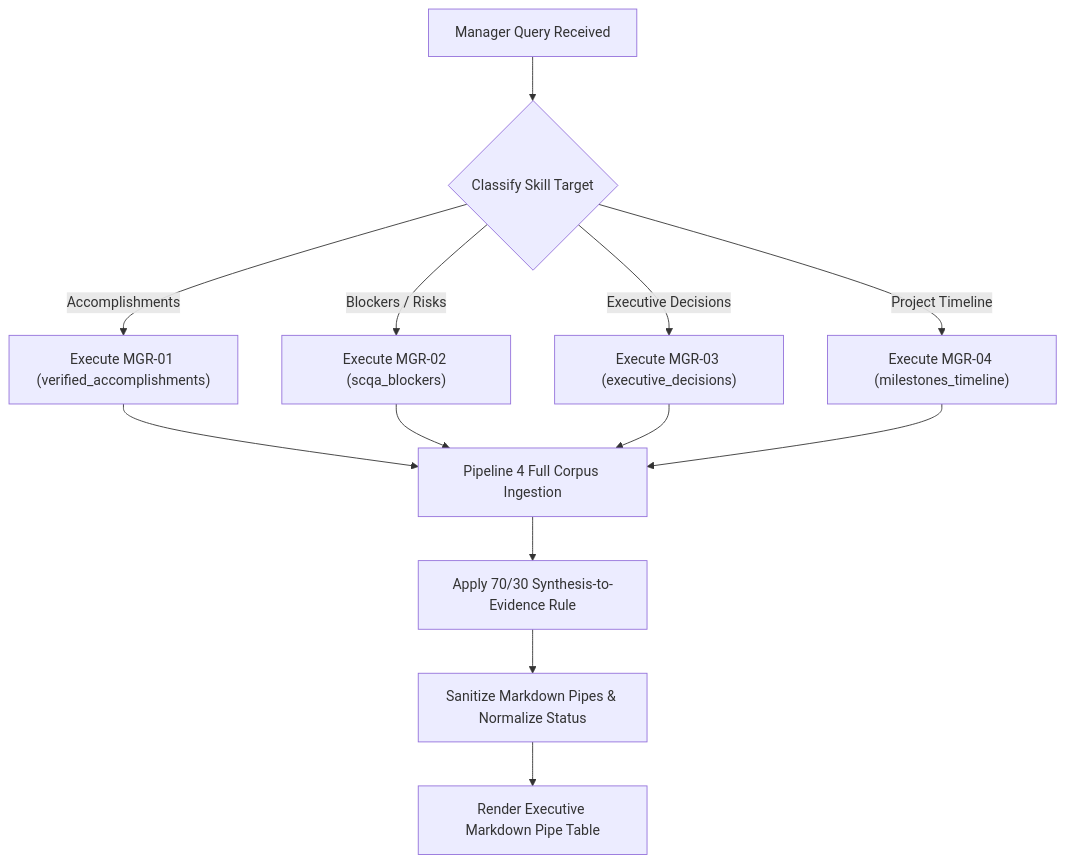
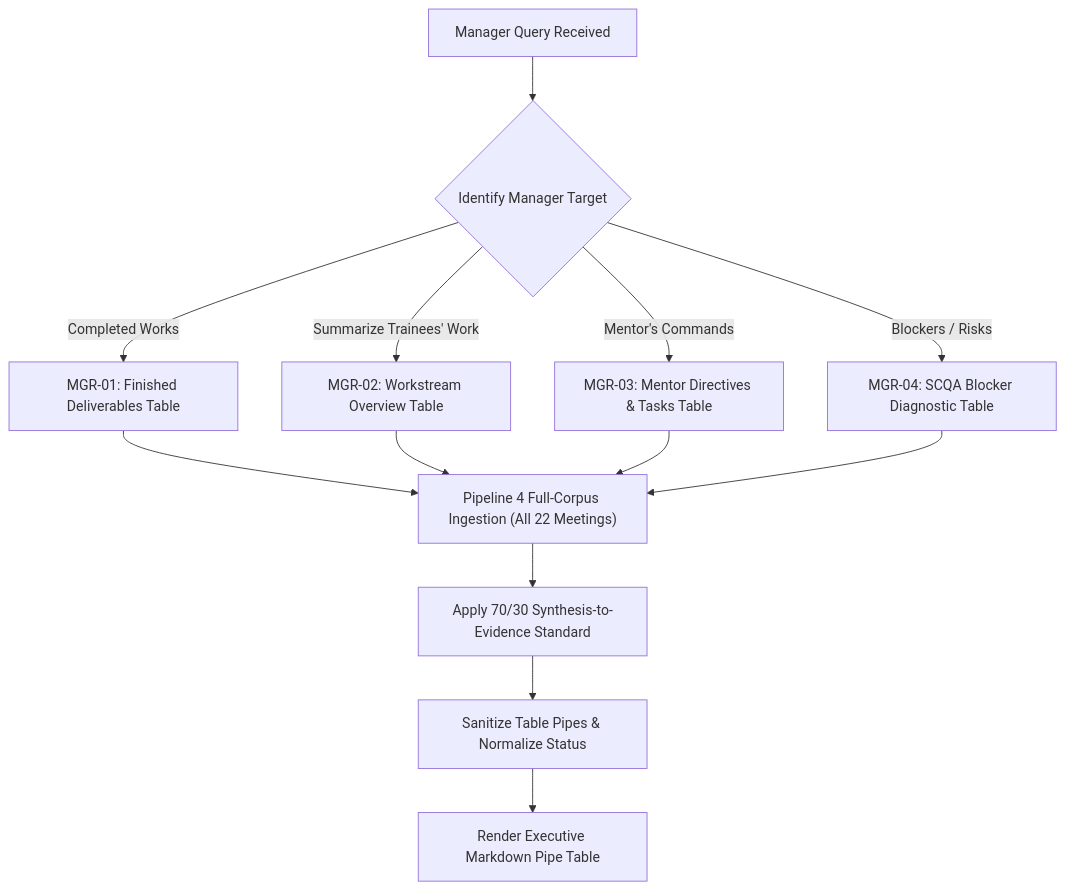
The diagram in skills/manager_skill.md (Himayaomnex/RAG_Project), drawn with Mermaid before and after one commit. The commit also changed other lines of this file and 5 other files, not shown here.

Commit message:
chore(skills): consolidate all modular capabilities into the 3 master agent skill files

````diff
--- a/skills/manager_skill.md
+++ b/skills/manager_skill.md
@@ -82,13 +111,13 @@
 ```mermaid
 graph TD
-    A["Manager Query Received"] --> B{"Classify Skill Target"}
-    B -->|"Accomplishments"| C["Execute MGR-01 (verified_accomplishments)"]
-    B -->|"Blockers / Risks"| D["Execute MGR-02 (scqa_blockers)"]
-    B -->|"Executive Decisions"| E["Execute MGR-03 (executive_decisions)"]
-    B -->|"Project Timeline"| F["Execute MGR-04 (milestones_timeline)"]
+    A["Manager Query Received"] --> B{"Identify Manager Target"}
+    B -->|"Completed Works"| C["MGR-01: Finished Deliverables Table"]
+    B -->|"Summarize Trainees' Work"| D["MGR-02: Workstream Overview Table"]
+    B -->|"Mentor's Commands"| E["MGR-03: Mentor Directives & Tasks Table"]
+    B -->|"Blockers / Risks"| F["MGR-04: SCQA Blocker Diagnostic Table"]
 
-    C & D & E & F --> G["Pipeline 4 Full Corpus Ingestion"]
-    G --> H["Apply 70/30 Synthesis-to-Evidence Rule"]
-    H --> I["Sanitize Markdown Pipes & Normalize Status"]
+    C & D & E & F --> G["Pipeline 4 Full-Corpus Ingestion (All 22 Meetings)"]
+    G --> H["Apply 70/30 Synthesis-to-Evidence Standard"]
+    H --> I["Sanitize Table Pipes & Normalize Status"]
     I --> J["Render Executive Markdown Pipe Table"]
 ```
````
